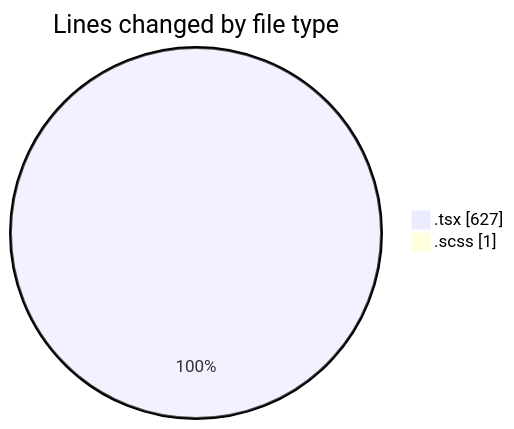
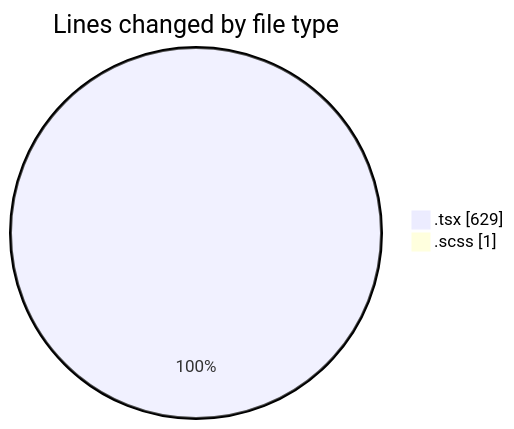
One commit to momahboobian/code-tracking changed the first of 2 diagrams in 2025-03-19/cda/README.md. Above: the diagram before and after it, drawn with Mermaid. The commit also changed other lines of this file and 1 other file, not shown here.

````diff
--- a/2025-03-19/cda/README.md
+++ b/2025-03-19/cda/README.md
@@ -23,6 +23,6 @@
 ```mermaid
 pie showData
 title Lines changed by file type
-".tsx" : 627
+".tsx" : 629
 ".scss" : 1
 ```
````
